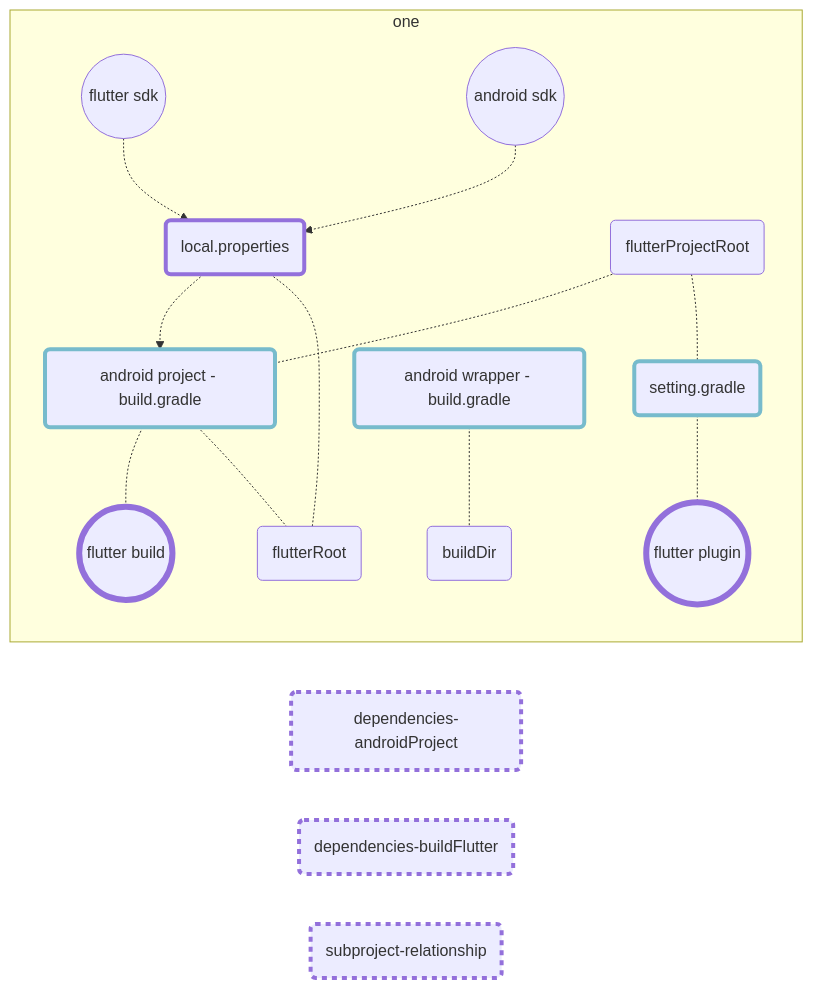
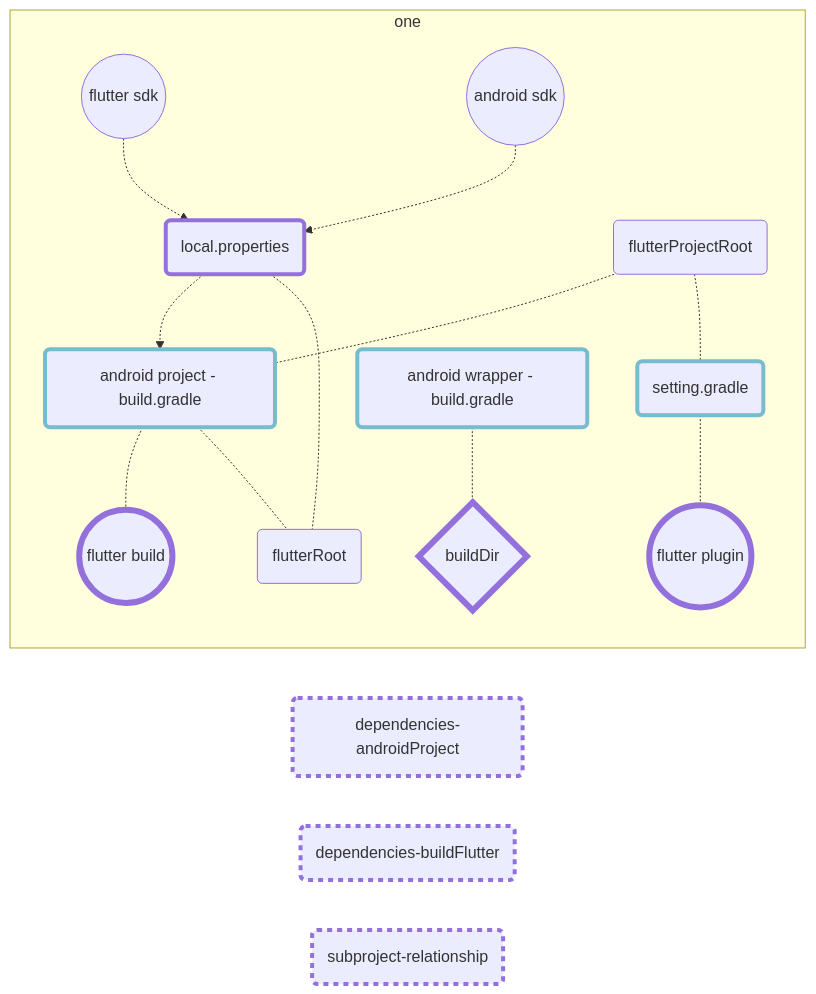
Before and after one commit to gordianknotC/nxp_note: the second of 3 diagrams in flutter/addAndroidProjIntoFlutter.md, drawn with Mermaid. The commit also changed other lines of this file, not shown here.

````diff
--- a/flutter/addAndroidProjIntoFlutter.md
+++ b/flutter/addAndroidProjIntoFlutter.md
@@ -241,46 +241,48 @@
 ```mermaid
 graph LR
 	fdk((flutter sdk))
 	adk((android sdk))
 	
+	dfb{buildDir}
 	fbuild((flutter build))
 	fpgn((flutter plugin))
 	style fbuild stroke-width:6px   
 	style fpgn stroke-width:6px 
+	style dfb stroke-width:6px 
 	
 	loc(local.properties)
 	style loc stroke-width:4px   
 	
 	set(setting.gradle)
 	b1(android wrapper - build.gradle)
 	b2(android project - build.gradle)
 	style b1 stroke-width:4px, stroke:#7bc
 	style b2 stroke-width:4px, stroke:#7bc
 	style set stroke-width:4px, stroke:#7bc
 
 	dfr(flutterRoot)
 	dfp(flutterProjectRoot)
-	dfb(buildDir)
+	
 	
 	dandroid(dependencies-androidProject)
 	dflutter(dependencies-buildFlutter)
 	dsub(subproject-relationship)
 	style dandroid stroke-width:4px, stroke-dasharray: 5
 	style dflutter stroke-width:4px, stroke-dasharray: 5
 	style dsub stroke-width:4px, stroke-dasharray: 5
 	
 	subgraph one
 	b2 -.- fbuild
 	fdk -.-> loc
 	adk -.-> loc
 	loc -.-> b2
 	loc -.- dfr
 	b2 -.- dfr
 	dfp -.- b2
 	dfp -.- set
 	set -.- fpgn
 	
 	b1 -.- dfb
 	end
 
 ```
````
